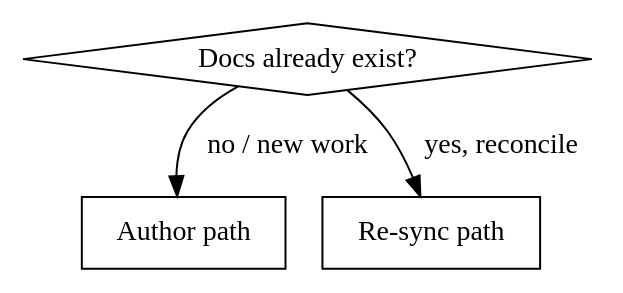
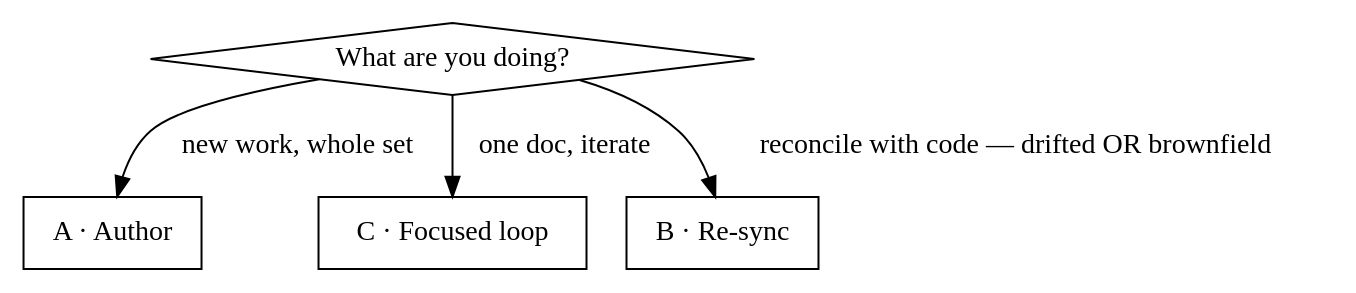
One commit to chadgrant/skills changed the diagram in requirements-driven-planning/SKILL.md. Above: the diagram before and after it, drawn with Graphviz. The commit also changed other lines of this file and 10 other files, not shown here.

````diff
--- a/requirements-driven-planning/SKILL.md
+++ b/requirements-driven-planning/SKILL.md
@@ -22,9 +24,11 @@
 ```dot
-digraph paths {
-  "Docs already exist?" [shape=diamond];
-  "Author path" [shape=box];
-  "Re-sync path" [shape=box];
-  "Docs already exist?" -> "Author path" [label="no / new work"];
-  "Docs already exist?" -> "Re-sync path" [label="yes, reconcile"];
+digraph modes {
+  "What are you doing?" [shape=diamond];
+  "A · Author" [shape=box];
+  "C · Focused loop" [shape=box];
+  "B · Re-sync" [shape=box];
+  "What are you doing?" -> "A · Author" [label="new work, whole set"];
+  "What are you doing?" -> "C · Focused loop" [label="one doc, iterate"];
+  "What are you doing?" -> "B · Re-sync" [label="reconcile with code — drifted OR brownfield"];
 }
 ```
````
